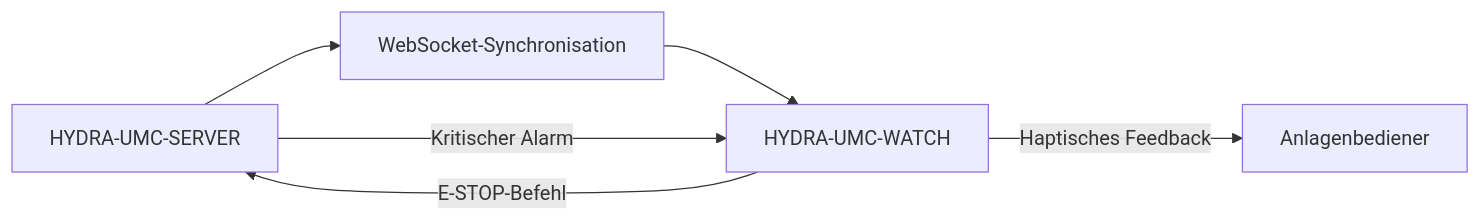
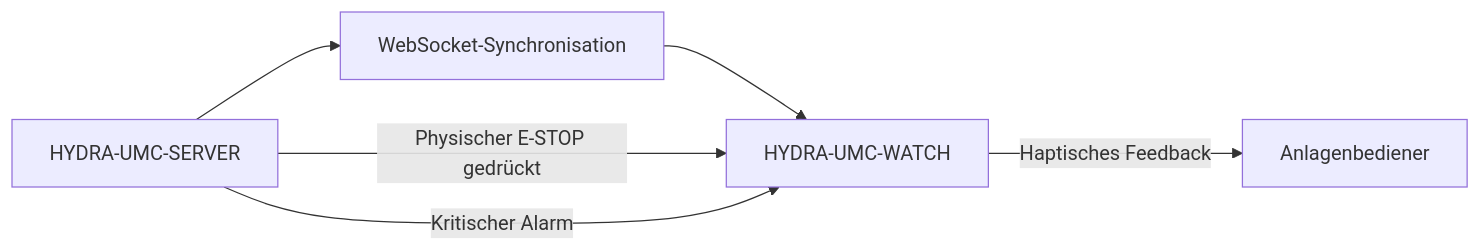
One commit to JuanenRac/HYDRA-UMC-WATCH changed the diagram in README_deu.md. Above: the diagram before and after it, drawn with Mermaid. The commit also changed other lines of this file and 10 other files, not shown here.

Commit message:
Make clear that the watch never stops anything by itself and only confirms or warns of a physical E-STOP

````diff
--- a/README_deu.md
+++ b/README_deu.md
@@ -104,8 +104,8 @@
 ```mermaid
 flowchart LR
     SERVER["HYDRA-UMC-SERVER"] --> WS["WebSocket-Synchronisation"]
     WS --> WATCH["HYDRA-UMC-WATCH"]
-    WATCH -- E-STOP-Befehl --> SERVER
+    SERVER -- Physischer E-STOP gedrückt --> WATCH
     SERVER -- Kritischer Alarm --> WATCH
     WATCH -- Haptisches Feedback --> OPERATOR["Anlagenbediener"]
 ```
````
